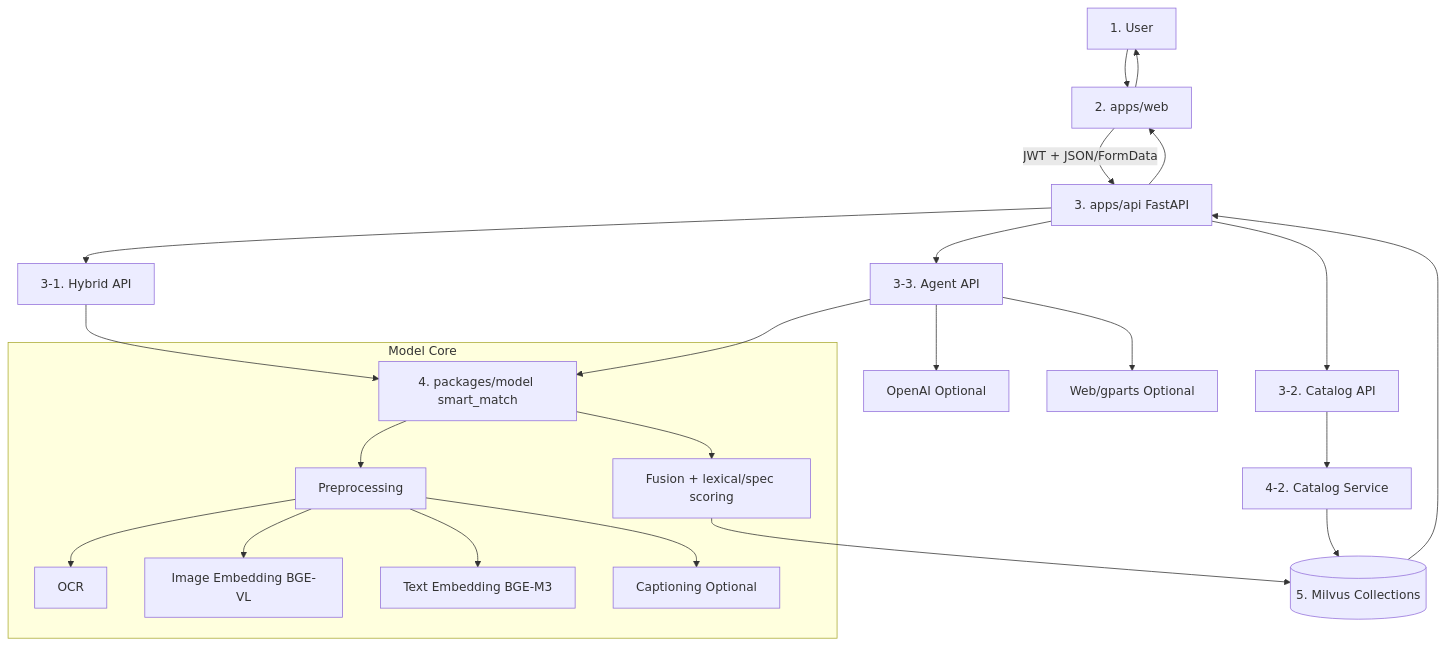
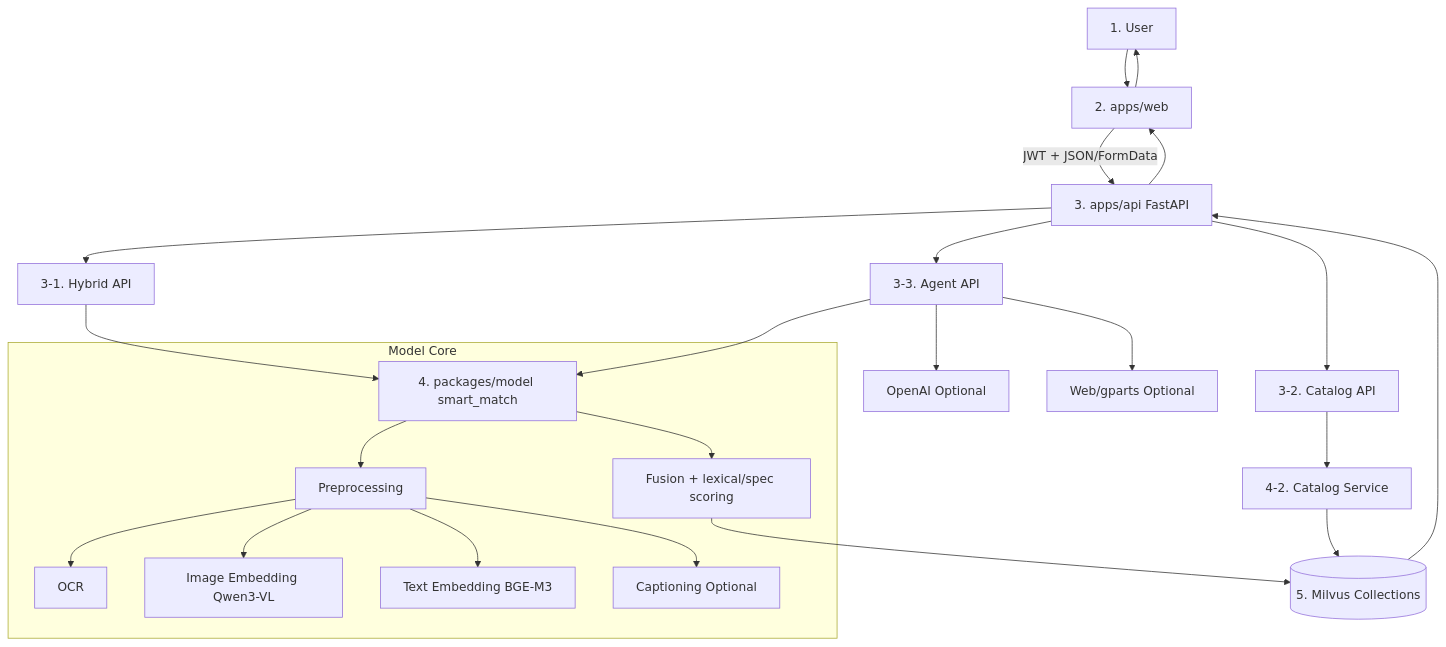
Before and after one commit to hshlalla/Smart_vision: the first of 4 diagrams in docs/architecture/ARCHITECTURE_MERMAID.md, drawn with Mermaid. The commit also changed other lines of this file and 30 other files, not shown here.

````diff
--- a/docs/architecture/ARCHITECTURE_MERMAID.md
+++ b/docs/architecture/ARCHITECTURE_MERMAID.md
@@ -7,31 +7,31 @@
 ```mermaid
 flowchart TD
   U[1. User] --> W[2. apps/web]
   W -->|JWT + JSON/FormData| API[3. apps/api FastAPI]
 
   API --> R1[3-1. Hybrid API]
   API --> R2[3-2. Catalog API]
   API --> R3[3-3. Agent API]
 
   R1 --> M[4. packages/model smart_match]
   R3 --> M
   R2 --> C[4-2. Catalog Service]
 
   subgraph MODEL["Model Core"]
     M --> P[Preprocessing]
     P --> O[OCR]
-    P --> VI[Image Embedding BGE-VL]
+    P --> VI[Image Embedding Qwen3-VL]
     P --> VT[Text Embedding BGE-M3]
     P --> CAP[Captioning Optional]
     M --> F[Fusion + lexical/spec scoring]
   end
 
   F --> DB[(5. Milvus Collections)]
   C --> DB
   DB --> API
   API --> W
   W --> U
 
   R3 --> EXT1[OpenAI Optional]
   R3 --> EXT2[Web/gparts Optional]
 ```
````
